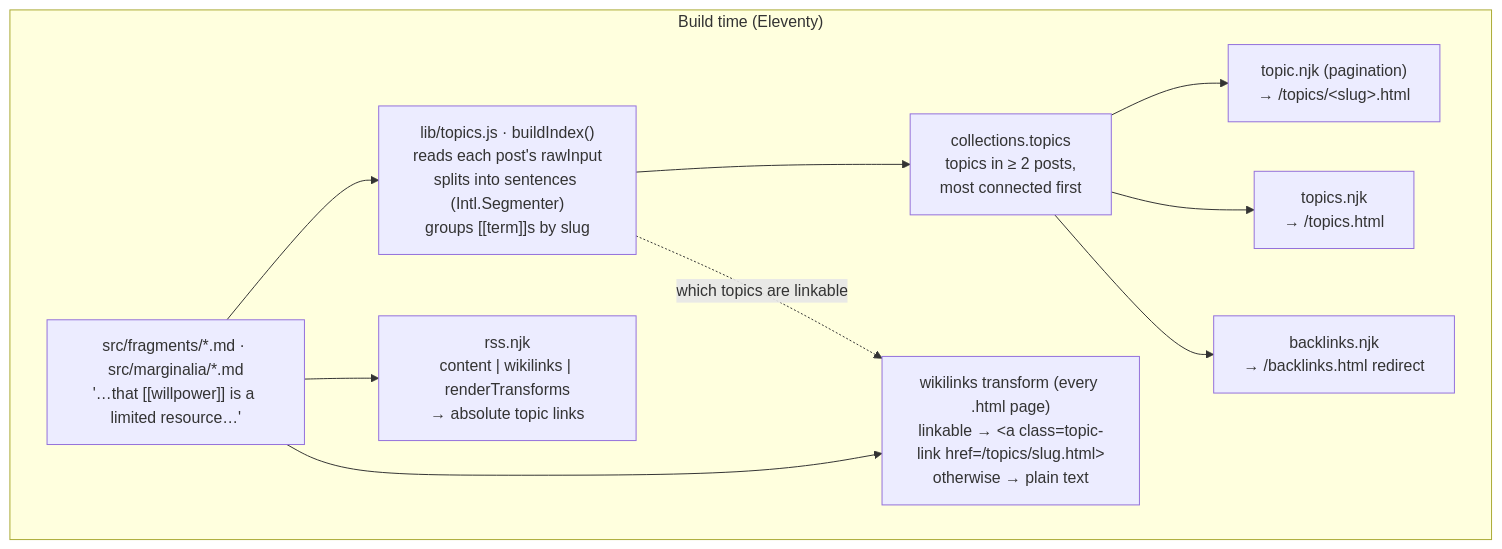
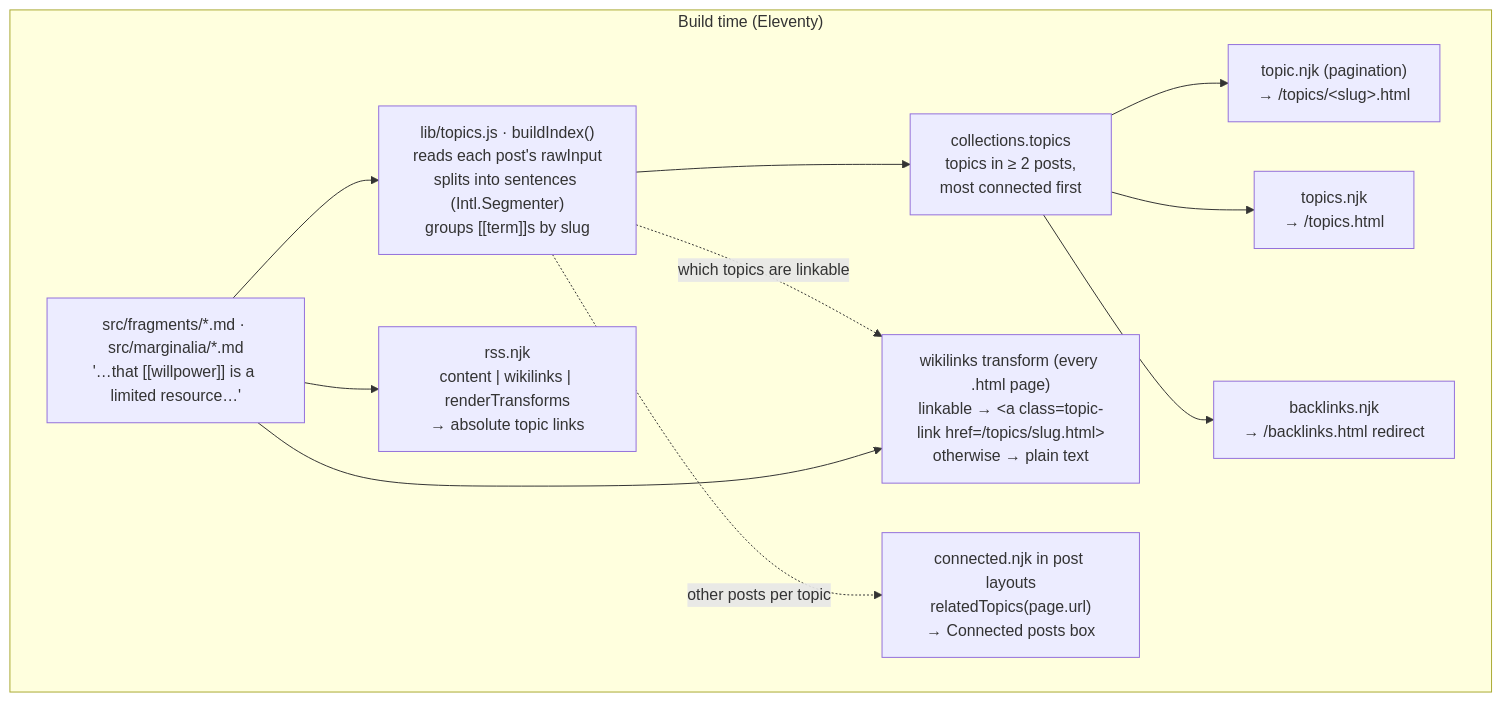
Before and after one commit to raoul-g/raoulyy-blog: the sixth of 9 diagrams in ARCHITECTURE.md, drawn with Mermaid. The commit also changed other lines of this file and 6 other files, not shown here.

First line of the commit message:
add a "Connected posts" box at the end of each post

````diff
--- a/ARCHITECTURE.md
+++ b/ARCHITECTURE.md
@@ -200,19 +201,21 @@
 ```mermaid
 flowchart TB
     subgraph Build["Build time (Eleventy)"]
         POSTS["src/fragments/*.md · src/marginalia/*.md<br/>'…that [[willpower]] is a limited resource…'"]
         IDX["lib/topics.js · buildIndex()<br/>reads each post's rawInput<br/>splits into sentences (Intl.Segmenter)<br/>groups [[term]]s by slug"]
         COLLT["collections.topics<br/>topics in ≥ 2 posts,<br/>most connected first"]
         XF["wikilinks transform (every .html page)<br/>linkable → &lt;a class=topic-link href=/topics/slug.html&gt;<br/>otherwise → plain text"]
         TPL["topic.njk (pagination)<br/>→ /topics/&lt;slug&gt;.html"]
         LIST["topics.njk<br/>→ /topics.html"]
         FEED["rss.njk<br/>content | wikilinks | renderTransforms<br/>→ absolute topic links"]
         REDIR["backlinks.njk<br/>→ /backlinks.html redirect"]
+        BOX["connected.njk in post layouts<br/>relatedTopics(page.url)<br/>→ Connected posts box"]
     end
 
     POSTS --> IDX --> COLLT
     COLLT --> TPL & LIST & REDIR
     IDX -. "which topics are linkable" .-> XF
+    IDX -. "other posts per topic" .-> BOX
     POSTS --> XF
     POSTS --> FEED
 ```
````
